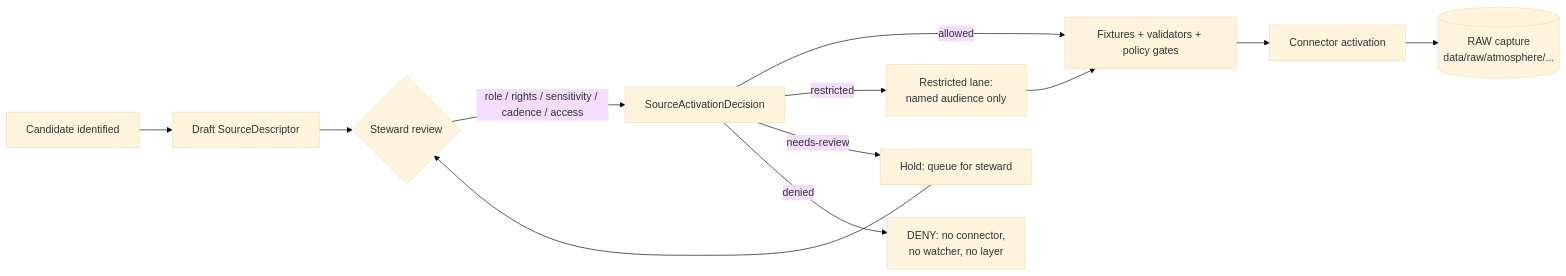
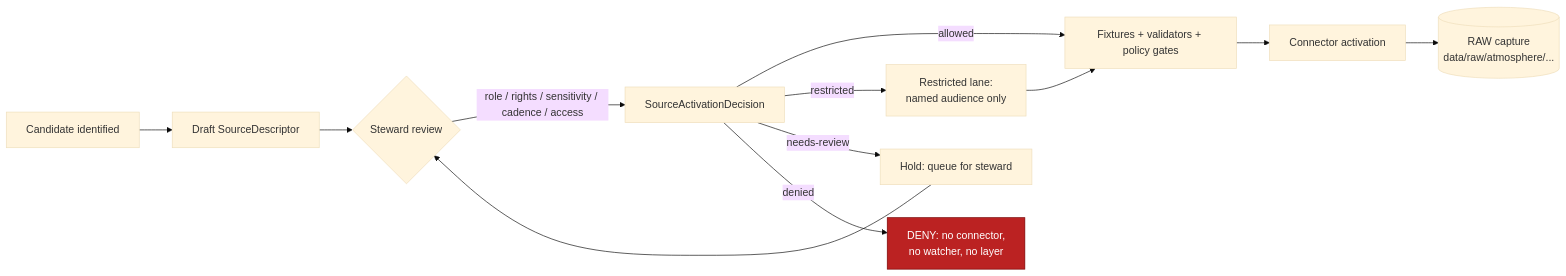
One commit to bartytime4life/Kansas-Frontier-Matrix changed the diagram in docs/domains/atmosphere/SOURCE_REGISTRY.md. Above: the diagram before and after it, drawn with Mermaid (base theme). The commit also changed other lines of this file, not shown here.

````diff
--- a/docs/domains/atmosphere/SOURCE_REGISTRY.md
+++ b/docs/domains/atmosphere/SOURCE_REGISTRY.md
@@ -278,14 +306,16 @@
 ```mermaid
 flowchart LR
     A[Candidate identified] --> B[Draft SourceDescriptor]
     B --> C{Steward review}
     C -->|role / rights / sensitivity / cadence / access| D[SourceActivationDecision]
     D -->|allowed| E[Fixtures + validators + policy gates]
     D -->|restricted| F[Restricted lane:<br/>named audience only]
     D -->|needs-review| G[Hold: queue for steward]
     D -->|denied| H[DENY: no connector,<br/>no watcher, no layer]
     E --> I[Connector activation]
     I --> J[(RAW capture<br/>data/raw/atmosphere/...)]
     G --> C
     F --> E
+    classDef deny fill:#b22,stroke:#700,color:#fff;
+    class H deny;
 ```
````
